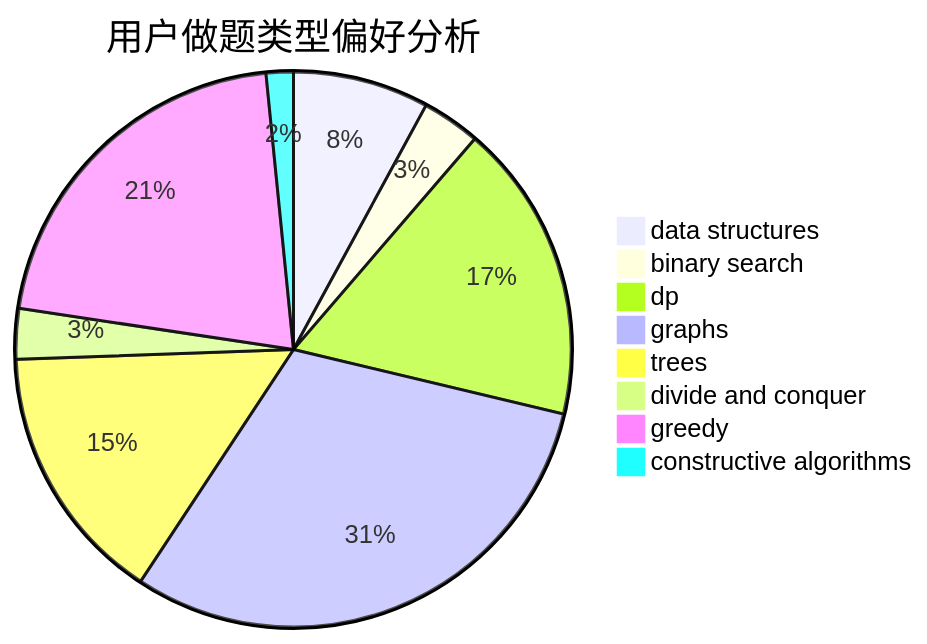
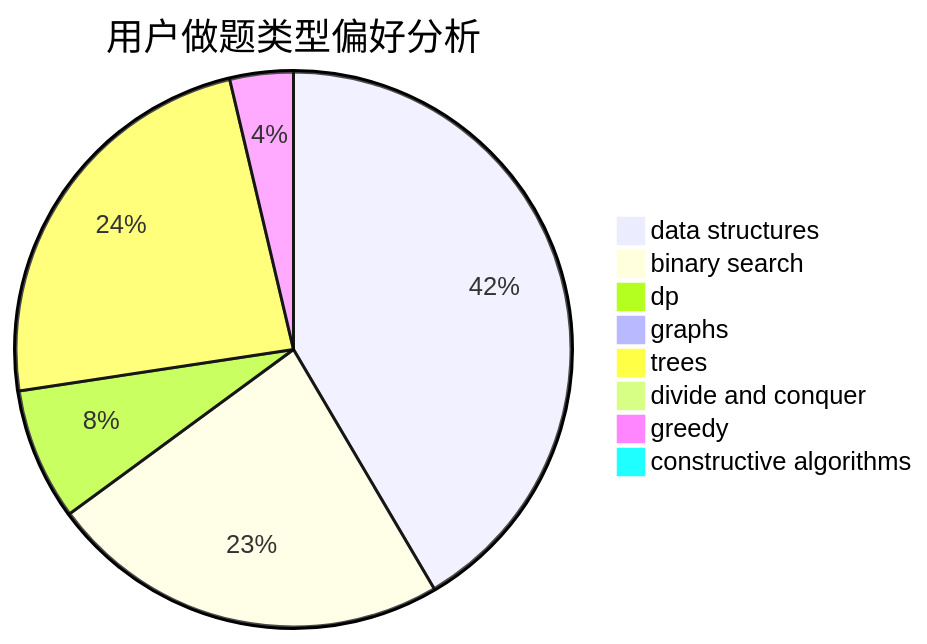
One commit to sherpahu/cfrs.github.io changed the second of 3 diagrams in docs/user/u975.md. Above: the diagram before and after it, drawn with Mermaid. The commit also changed other lines of this file and 2770 other files, not shown here.

````diff
--- a/docs/user/u975.md
+++ b/docs/user/u975.md
@@ -23,11 +23,11 @@
 ```mermaid
 pie title 用户做题类型偏好分析
-    "data structures" :  35
-    "binary search" :  15
-    "dp" :  77
-    "graphs" :  135
-    "trees" :  67
-    "divide and conquer" :  13
-    "greedy" :  93
-    "constructive algorithms" :  7
+    "data structures" :  135
+    "binary search" :  76
+    "dp" :  25
+    "graphs" :  0
+    "trees" :  77
+    "divide and conquer" :  0
+    "greedy" :  12
+    "constructive algorithms" :  0
 ```
````
